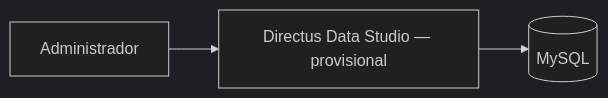
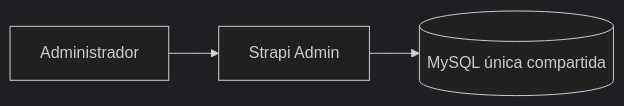
One commit to cromaticacreativa/project-cromaticacreativa-web changed the second of 6 diagrams in README.md. Above: the diagram before and after it, drawn with Mermaid (dark theme). The commit also changed other lines of this file and 90 other files, not shown here.

````diff
--- a/README.md
+++ b/README.md
@@ -118,5 +121,5 @@
 ```mermaid
 flowchart LR
-    administrador["Administrador"] --> directus["Directus Data Studio — provisional"]
-    directus --> mysql[("MySQL")]
+    administrador["Administrador"] --> strapi["Strapi Admin"]
+    strapi --> mysql[("MySQL única compartida")]
 ```
````
